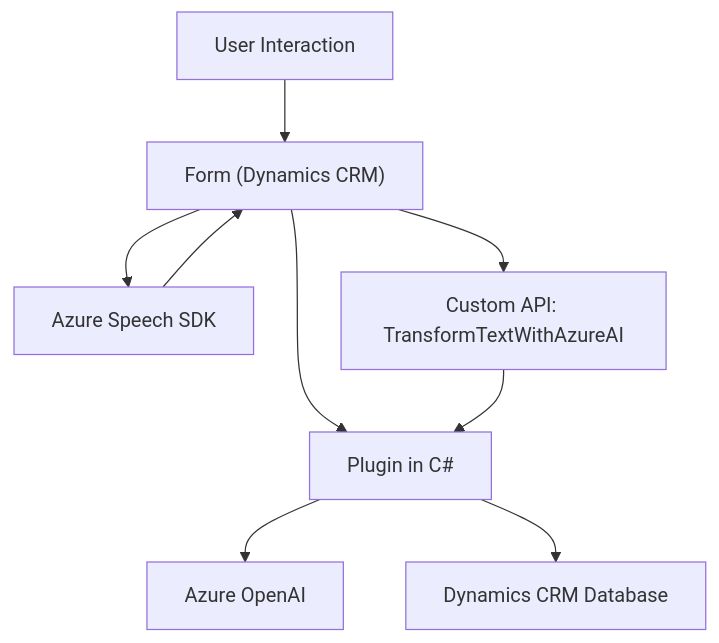
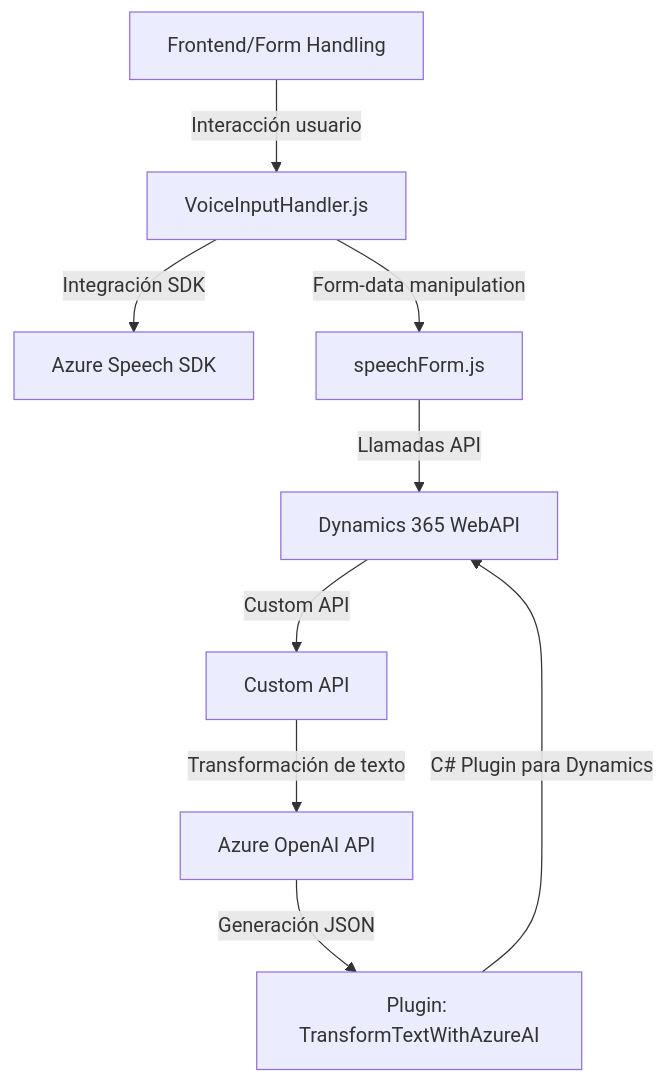
The diagram in README.md (blopezdm/NETCORE_BILBAO2025), drawn with Mermaid before and after one commit. The commit also changed other lines of this file, not shown here.

````diff
--- a/README.md
+++ b/README.md
@@ -39,19 +39,11 @@
 ```mermaid
 graph TD
-  A[User Interaction]
-  B["Form (Dynamics CRM)"]
-  C["Azure Speech SDK"]
-  D["Azure OpenAI"]
-  E["Custom API: TransformTextWithAzureAI"]
-  F["Plugin in C#"]
-  G["Dynamics CRM Database"]
-
-  A --> B
-  B --> C
-  B --> E
-  B --> F
-  C --> B
-  E --> F
-  F --> D
-  F --> G
+    A["Frontend/Form Handling"] -- Interacción usuario --> B["VoiceInputHandler.js"]
+    B -- Integración SDK --> C["Azure Speech SDK"]
+    B -- Form-data manipulation --> D["speechForm.js"]
+    D -- Llamadas API --> E["Dynamics 365 WebAPI"]
+    E -- Custom API --> F["Custom API"]
+    F -- Transformación de texto --> G["Azure OpenAI API"]
+    G -- Generación JSON --> H["Plugin: TransformTextWithAzureAI"]
+    H -- C# Plugin para Dynamics --> E
 ```
````
